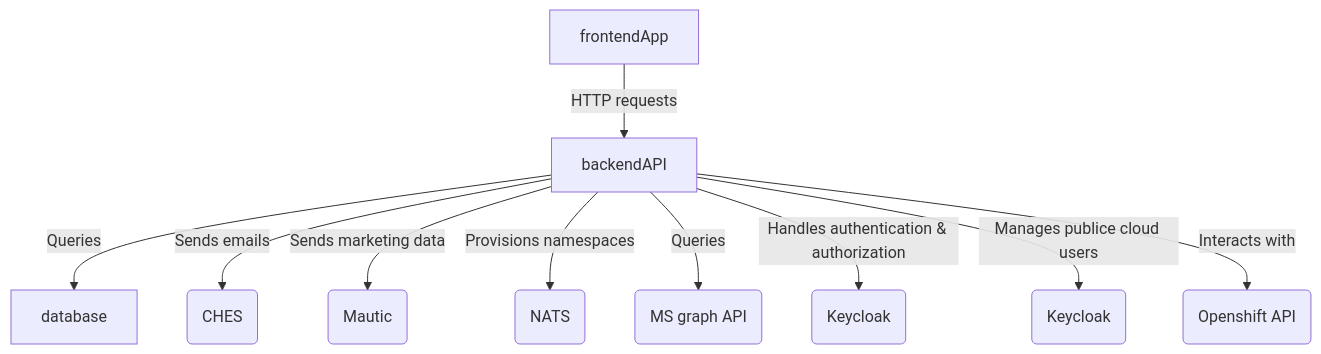
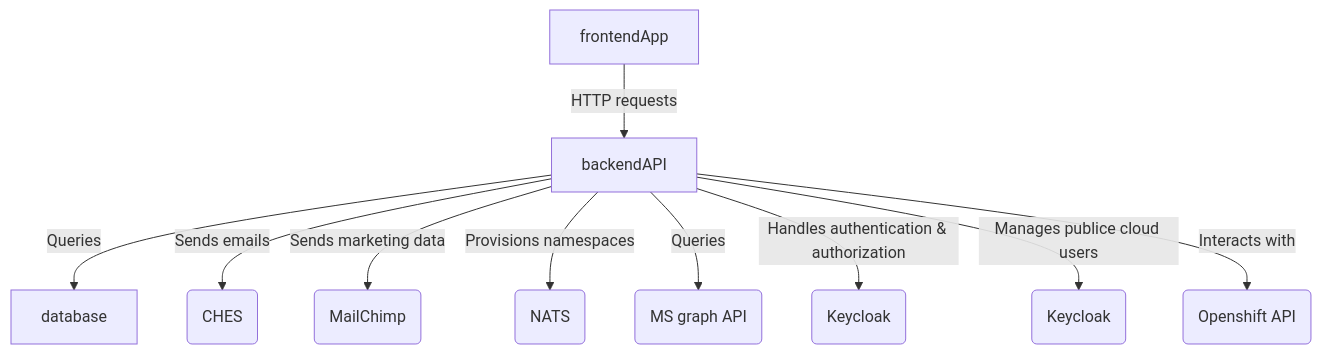
Before and after one commit to bcgov/platform-services-registry: the diagram in README.md, drawn with Mermaid.

Commit message:
chore(3793): update readme with mailchimp

````diff
--- a/README.md
+++ b/README.md
@@ -97,12 +97,12 @@
 ```mermaid
 graph TD;
     frontendApp-->|HTTP requests| backendAPI;
     backendAPI-->|Queries| database;
     backendAPI-->|Sends emails| emailService(CHES);
-    backendAPI-->|Sends marketing data| marketingService(Mautic);
+    backendAPI-->|Sends marketing data| marketingService(MailChimp);
     backendAPI-->|Provisions namespaces| namespaceProvisioner(NATS);
     backendAPI-->|Queries| MSGraphAPI(MS graph API);
     backendAPI-->|Handles authentication & authorization| authAuthorization(Keycloak);
     backendAPI-->|Manages publice cloud users| publicCloudUserManagement(Keycloak);
     backendAPI-->|Interacts with| openshiftAPI(Openshift API);
 ```
````
